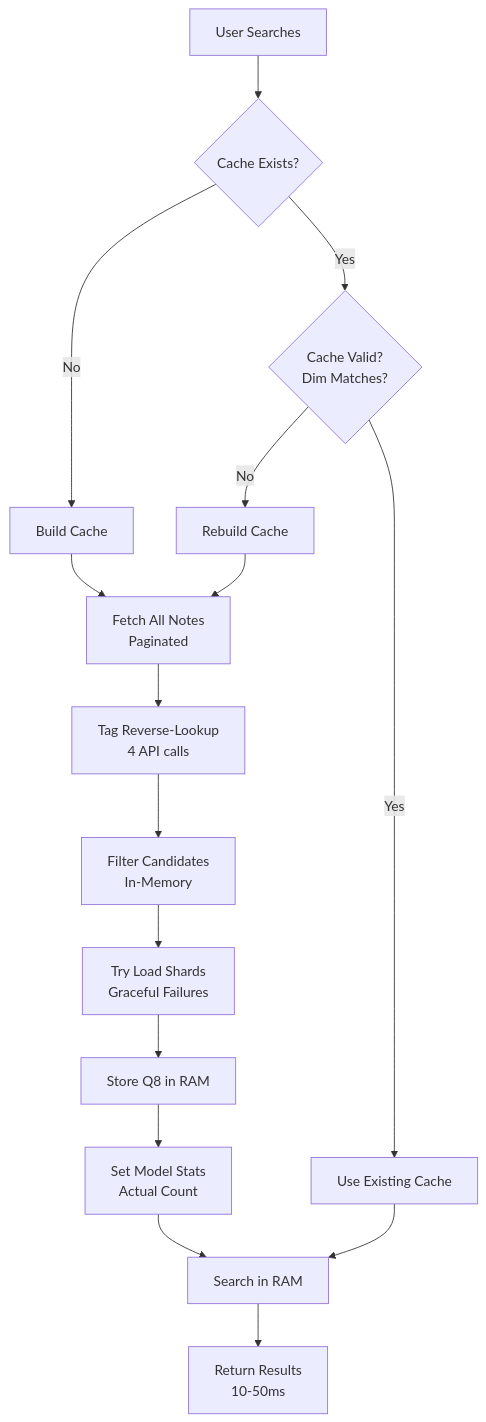
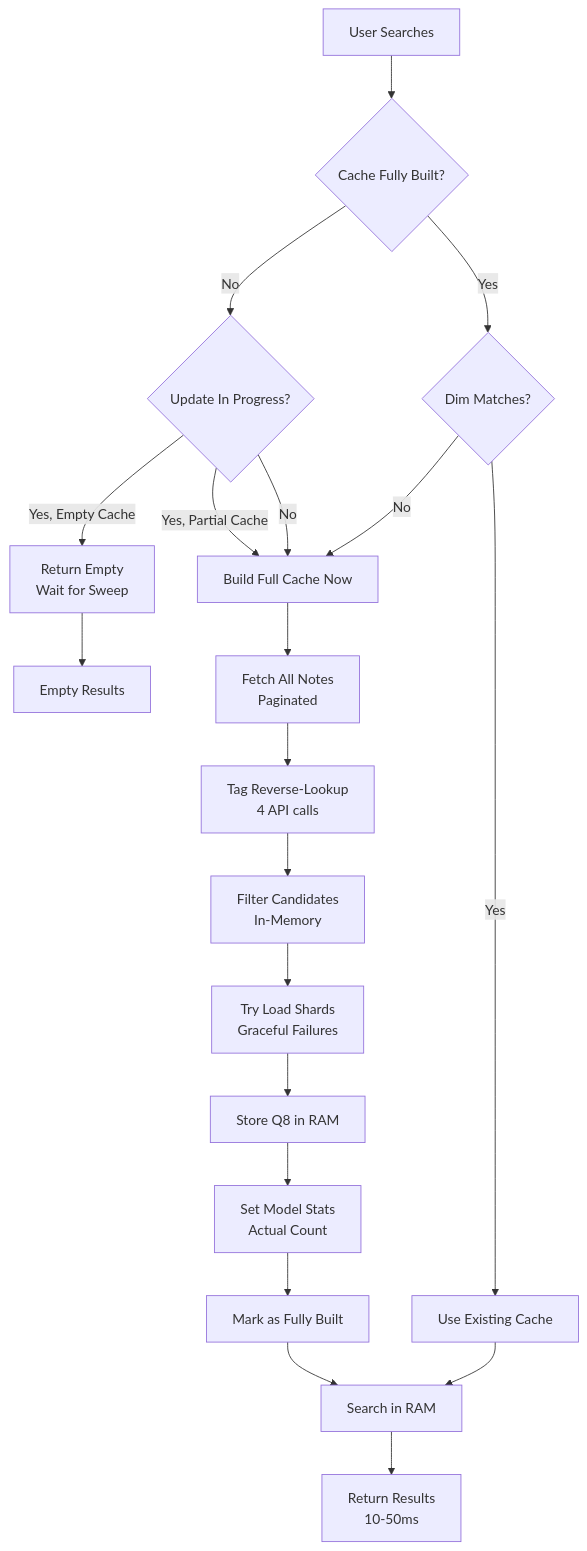
Before and after one commit to alondmnt/joplin-plugin-jarvis: the fourth of 7 diagrams in VECTOR_DB_UPDATE_FLOW.md, drawn with Mermaid. The commit also changed other lines of this file and 2 other files, not shown here.

First line of the commit message:
improved: cache building logic and ensure full cache state

````diff
--- a/VECTOR_DB_UPDATE_FLOW.md
+++ b/VECTOR_DB_UPDATE_FLOW.md
@@ -151,21 +151,26 @@
 ```mermaid
 graph TD
-    A[User Searches] --> B{Cache Exists?}
-    B -->|No| C[Build Cache]
-    B -->|Yes| D{Cache Valid?<br/>Dim Matches?}
-    D -->|No| E[Rebuild Cache]
-    D -->|Yes| F[Use Existing Cache]
+    A[User Searches] --> B{Cache Fully Built?}
+    B -->|No| C{Update In Progress?}
+    B -->|Yes| D{Dim Matches?}
 
-    C --> G[Fetch All Notes<br/>Paginated]
-    G --> H[Tag Reverse-Lookup<br/>4 API calls]
-    H --> I[Filter Candidates<br/>In-Memory]
-    I --> J[Try Load Shards<br/>Graceful Failures]
-    J --> K[Store Q8 in RAM]
-    K --> L[Set Model Stats<br/>Actual Count]
-    L --> M[Search in RAM]
+    C -->|Yes, Empty Cache| E[Return Empty<br/>Wait for Sweep]
+    C -->|Yes, Partial Cache| F[Build Full Cache Now]
+    C -->|No| F
 
-    E --> G
-    F --> M
+    D -->|No| F[Build Full Cache Now]
+    D -->|Yes| G[Use Existing Cache]
 
-    M --> N[Return Results<br/>10-50ms]
+    F --> H[Fetch All Notes<br/>Paginated]
+    H --> I[Tag Reverse-Lookup<br/>4 API calls]
+    I --> J[Filter Candidates<br/>In-Memory]
+    J --> K[Try Load Shards<br/>Graceful Failures]
+    K --> L[Store Q8 in RAM]
+    L --> M[Set Model Stats<br/>Actual Count]
+    M --> N[Mark as Fully Built]
+    N --> O[Search in RAM]
+
+    E --> P[Empty Results]
+    G --> O
+    O --> Q[Return Results<br/>10-50ms]
 ```
````
